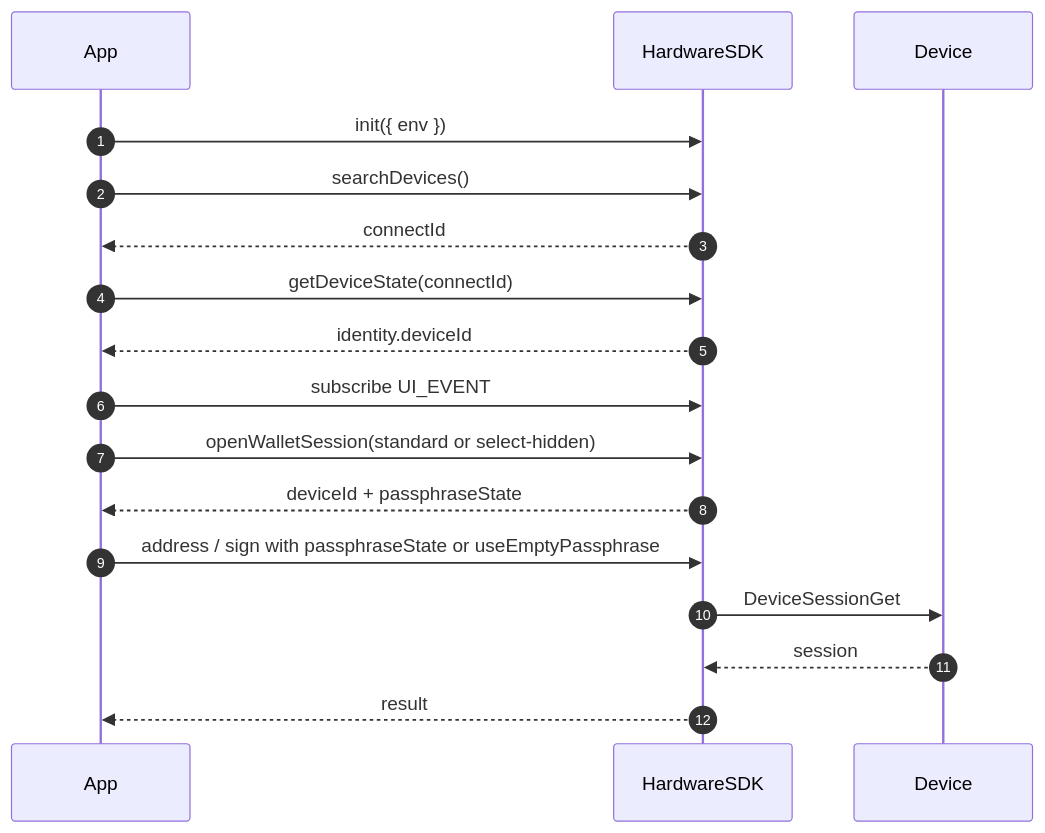
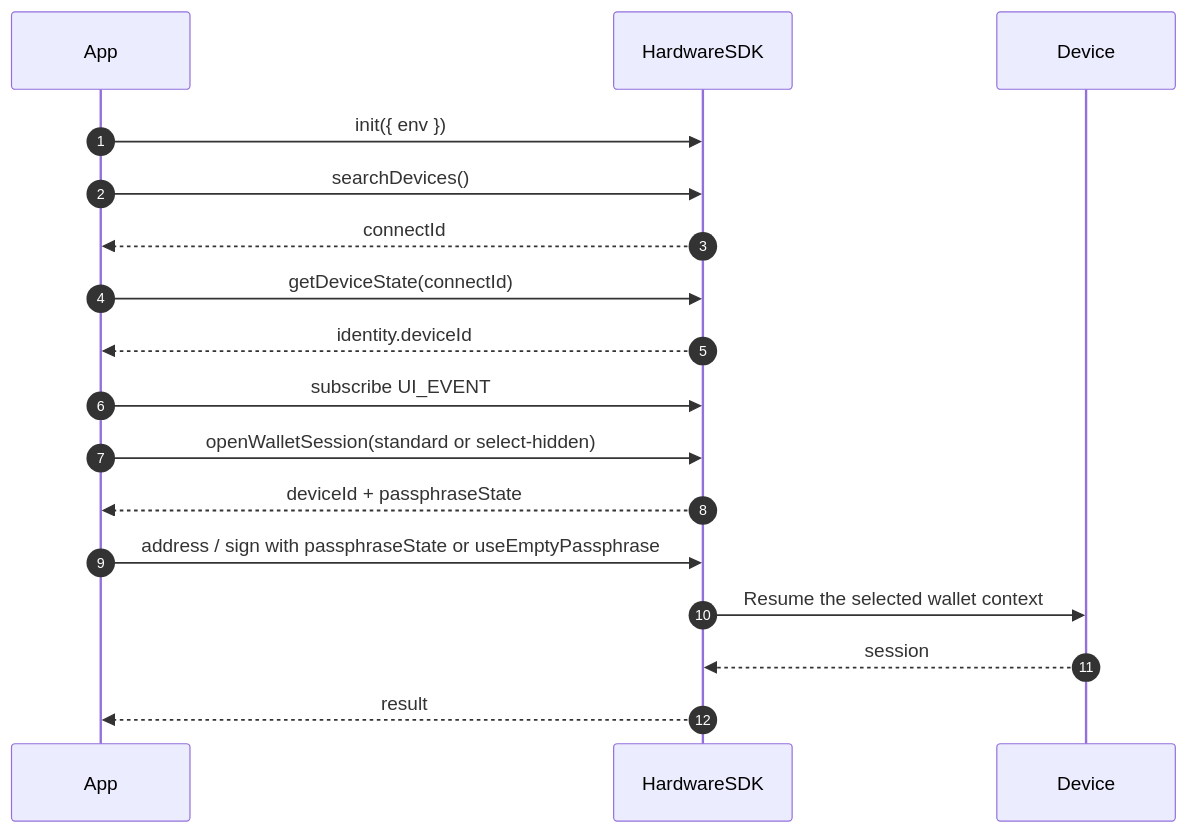
One commit to OneKeyHQ/hardware-js-sdk changed the diagram in packages/connect-examples/developer-portal/content/en/hardware-sdk/core-api-guide.mdx. Above: the diagram before and after it, drawn with Mermaid. The commit also changed other lines of this file and 719 other files, not shown here.

````diff
--- a/packages/connect-examples/developer-portal/content/en/hardware-sdk/core-api-guide.mdx
+++ b/packages/connect-examples/developer-portal/content/en/hardware-sdk/core-api-guide.mdx
@@ -31,20 +32,20 @@
 ```mermaid
 sequenceDiagram
   autonumber
   participant App
   participant SDK as HardwareSDK
   participant Device
 
   App->>SDK: init({ env })
   App->>SDK: searchDevices()
   SDK-->>App: connectId
   App->>SDK: getDeviceState(connectId)
   SDK-->>App: identity.deviceId
   App->>SDK: subscribe UI_EVENT
   App->>SDK: openWalletSession(standard or select-hidden)
   SDK-->>App: deviceId + passphraseState
   App->>SDK: address / sign with passphraseState or useEmptyPassphrase
-  SDK->>Device: DeviceSessionGet
+  SDK->>Device: Resume the selected wallet context
   Device-->>SDK: session
   SDK-->>App: result
 ```
````
